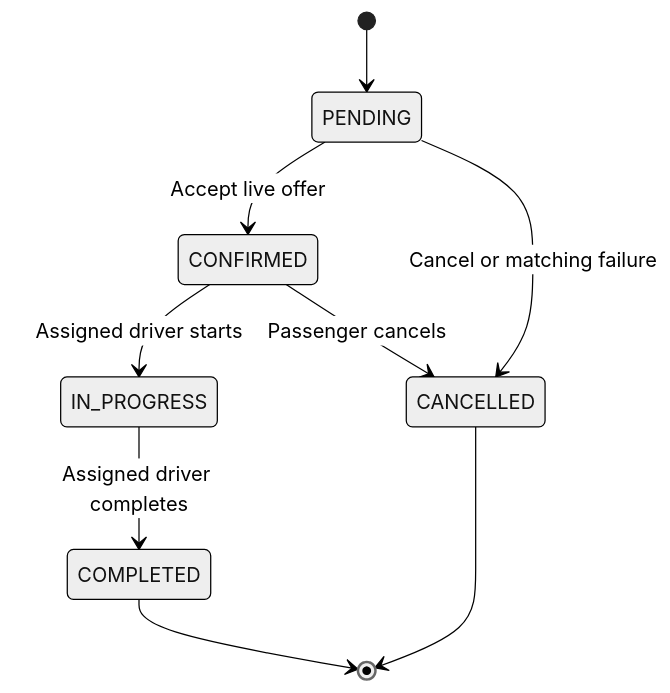
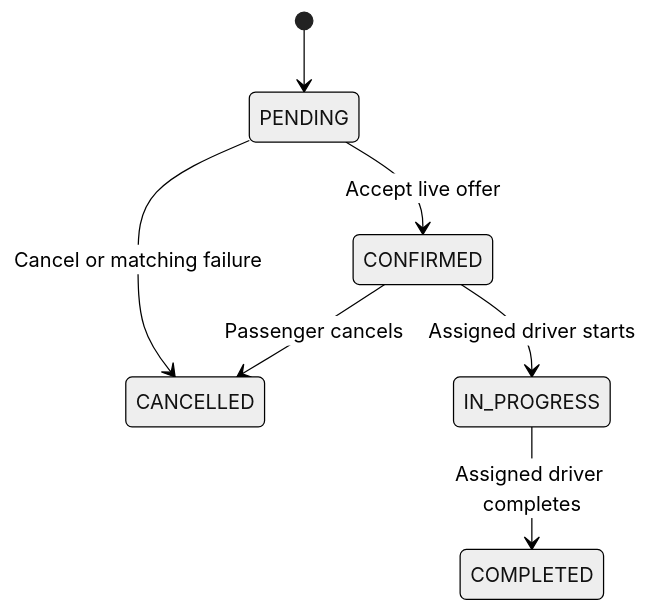
Before and after one commit to piyush932/uber-ride-platform: the second of 2 diagrams in docs/HLD.md, drawn with Mermaid (neutral theme). The commit also changed other lines of this file and 5 other files, not shown here.

````diff
--- a/docs/HLD.md
+++ b/docs/HLD.md
@@ -108,11 +34,9 @@
 ```mermaid
 stateDiagram-v2
     [*] --> PENDING
     PENDING --> CONFIRMED: Accept live offer
     PENDING --> CANCELLED: Cancel or matching failure
     CONFIRMED --> IN_PROGRESS: Assigned driver starts
     CONFIRMED --> CANCELLED: Passenger cancels
     IN_PROGRESS --> COMPLETED: Assigned driver completes
-    COMPLETED --> [*]
-    CANCELLED --> [*]
 ```
````
